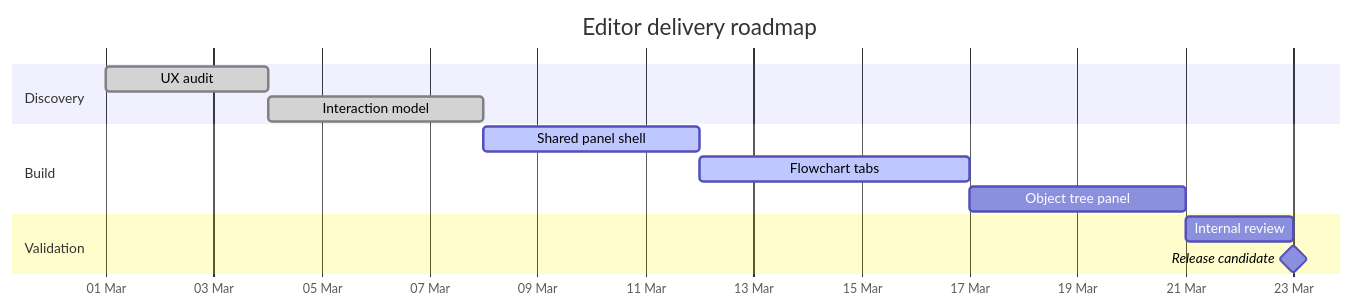
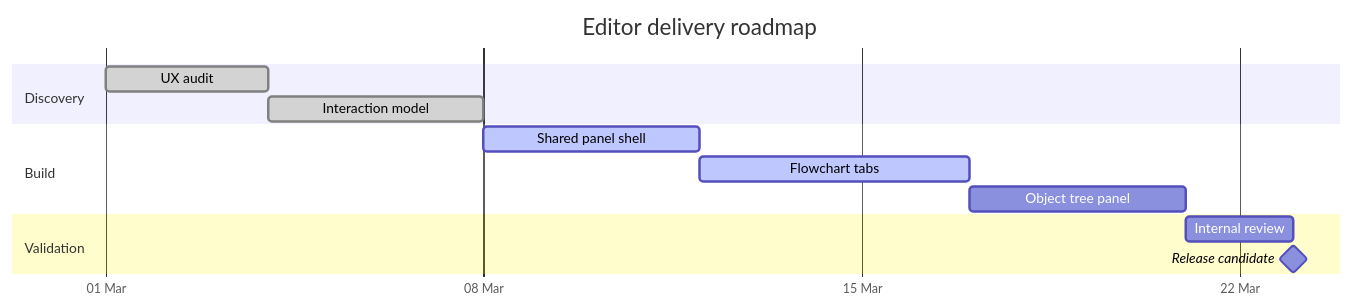
Before and after one commit to NikkiAsteinza/nima-editor-samples: the diagram in mermaid/08-gantt.md, drawn with Mermaid.

Commit message:
chore: sync local Notipad changes

````diff
--- a/mermaid/08-gantt.md
+++ b/mermaid/08-gantt.md
@@ -5,19 +5,20 @@
 ```mermaid
 gantt
     title Editor delivery roadmap
     dateFormat  YYYY-MM-DD
     axisFormat  %d %b
+    tickInterval 1week
 
     section Discovery
     UX audit           :done,    d1, 2026-03-01, 3d
     Interaction model  :done,    d2, after d1, 4d
 
     section Build
     Shared panel shell :active,  b1, 2026-03-08, 4d
     Flowchart tabs     :active,  b2, after b1, 5d
     Object tree panel  :         b3, after b2, 4d
 
     section Validation
     Internal review    :         v1, after b3, 2d
     Release candidate  :milestone, rc1, after v1, 0d
 ```
````
